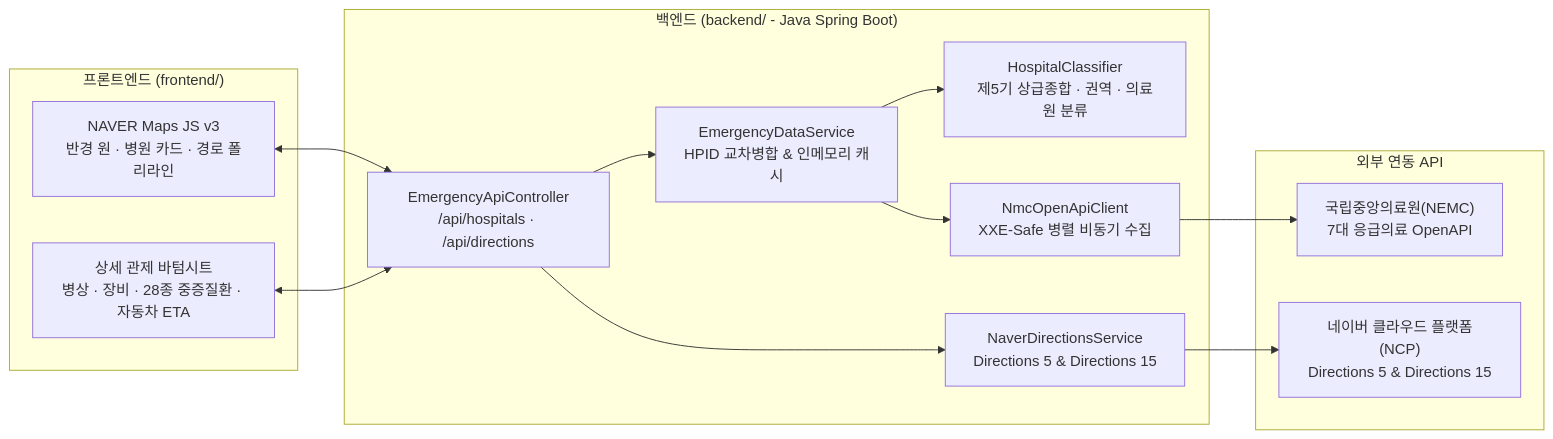
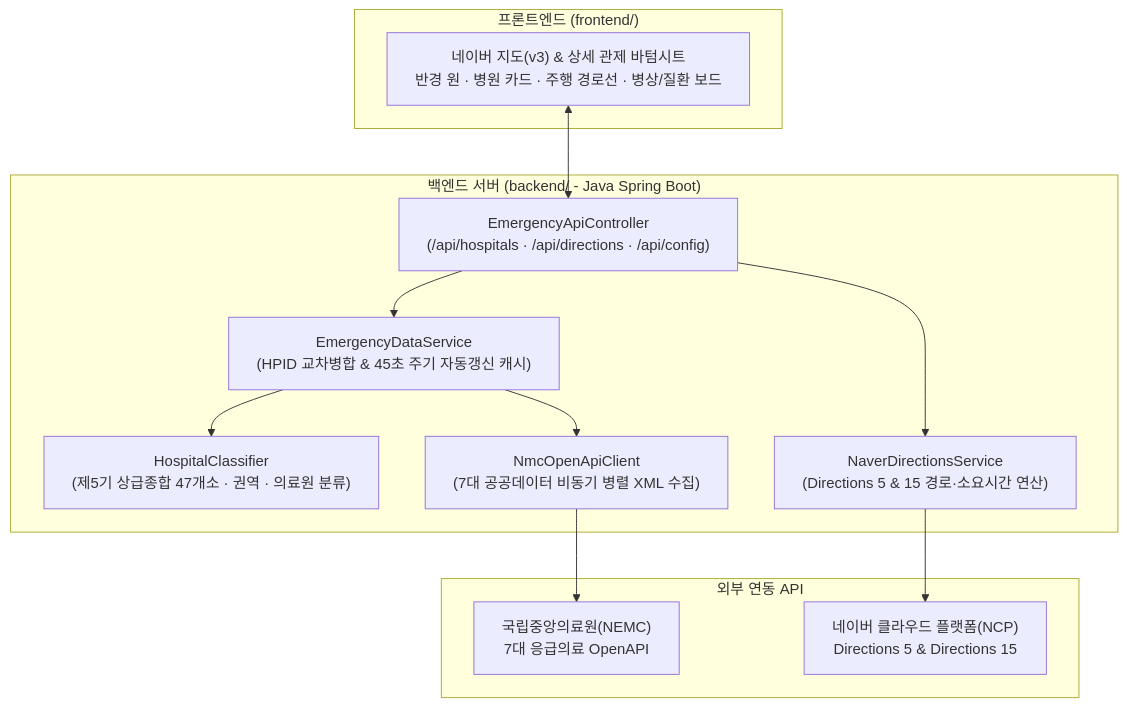
One commit to rockybearking/yonsei119_2 changed the second of 3 diagrams in README.md. Above: the diagram before and after it, drawn with Mermaid. The commit also changed other lines of this file, not shown here.

````diff
--- a/README.md
+++ b/README.md
@@ -62,29 +153,28 @@
 ```mermaid
-flowchart LR
+%%{init: {'flowchart': {'wrappingWidth': 480, 'minNodeWidth': 200}}}%%
+flowchart TD
     subgraph Browser["프론트엔드 (frontend/)"]
-        Map["NAVER Maps JS v3<br>반경 원 · 병원 카드 · 경로 폴리라인"]
-        Sheet["상세 관제 바텀시트<br>병상 · 장비 · 28종 중증질환 · 자동차 ETA"]
+        UI["네이버 지도(v3) & 상세 관제 바텀시트<br>반경 원 · 병원 카드 · 주행 경로선 · 병상/질환 보드"]
     end
 
-    subgraph SpringBoot["백엔드 (backend/ - Java Spring Boot)"]
-        Controller["EmergencyApiController<br>/api/hospitals · /api/directions"]
-        Cache["EmergencyDataService<br>HPID 교차병합 & 인메모리 캐시"]
-        Classifier["HospitalClassifier<br>제5기 상급종합 · 권역 · 의료원 분류"]
-        XmlClient["NmcOpenApiClient<br>XXE-Safe 병렬 비동기 수집"]
-        NaverSvc["NaverDirectionsService<br>Directions 5 & Directions 15"]
+    subgraph SpringBoot["백엔드 서버 (backend/ - Java Spring Boot)"]
+        Controller["EmergencyApiController<br>(/api/hospitals · /api/directions · /api/config)"]
+        Cache["EmergencyDataService<br>(HPID 교차병합 & 45초 주기 자동갱신 캐시)"]
+        Classifier["HospitalClassifier<br>(제5기 상급종합 47개소 · 권역 · 의료원 분류)"]
+        XmlClient["NmcOpenApiClient<br>(7대 공공데이터 비동기 병렬 XML 수집)"]
+        NaverSvc["NaverDirectionsService<br>(Directions 5 & 15 경로·소요시간 연산)"]
     end
 
     subgraph ExternalAPIs["외부 연동 API"]
         NEMC["국립중앙의료원(NEMC)<br>7대 응급의료 OpenAPI"]
         NCP["네이버 클라우드 플랫폼(NCP)<br>Directions 5 & Directions 15"]
     end
 
-    Map <--> Controller
-    Sheet <--> Controller
+    UI <--> Controller
     Controller --> Cache
     Cache --> Classifier
     Cache --> XmlClient
     XmlClient --> NEMC
     Controller --> NaverSvc
     NaverSvc --> NCP
 ```
````
